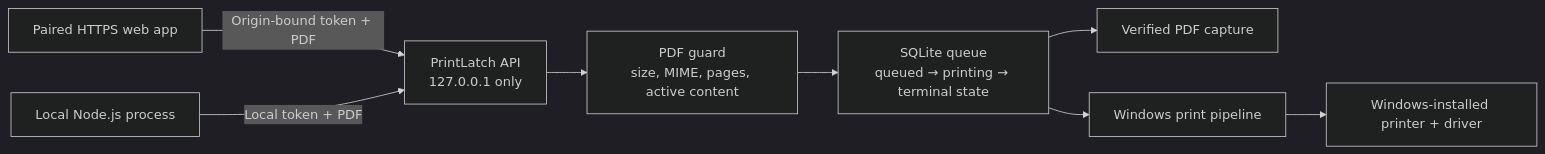
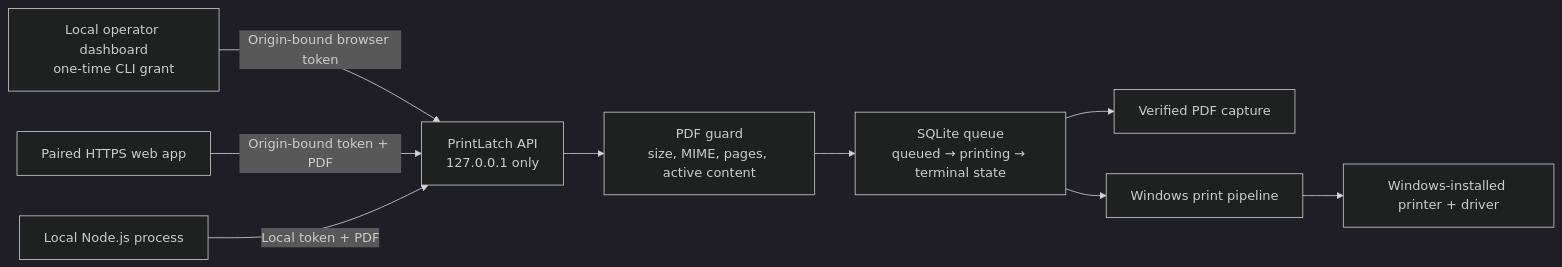
The diagram in README.md (arturict/printlatch), drawn with Mermaid (dark theme) before and after one commit. The commit also changed other lines of this file and 31 other files, not shown here.

First line of the commit message:
Add secure local operator dashboard (#14)

````diff
--- a/README.md
+++ b/README.md
@@ -40,10 +40,11 @@
 ```mermaid
 flowchart LR
+    O["Local operator dashboard<br/>one-time CLI grant"] -->|"Origin-bound browser token"| B
     A["Paired HTTPS web app"] -->|"Origin-bound token + PDF"| B["PrintLatch API<br/>127.0.0.1 only"]
     N["Local Node.js process"] -->|"Local token + PDF"| B
     B --> V["PDF guard<br/>size, MIME, pages, active content"]
     V --> Q["SQLite queue<br/>queued → printing → terminal state"]
     Q --> C["Verified PDF capture"]
     Q --> W["Windows print pipeline"]
     W --> P["Windows-installed printer + driver"]
 ```
````
